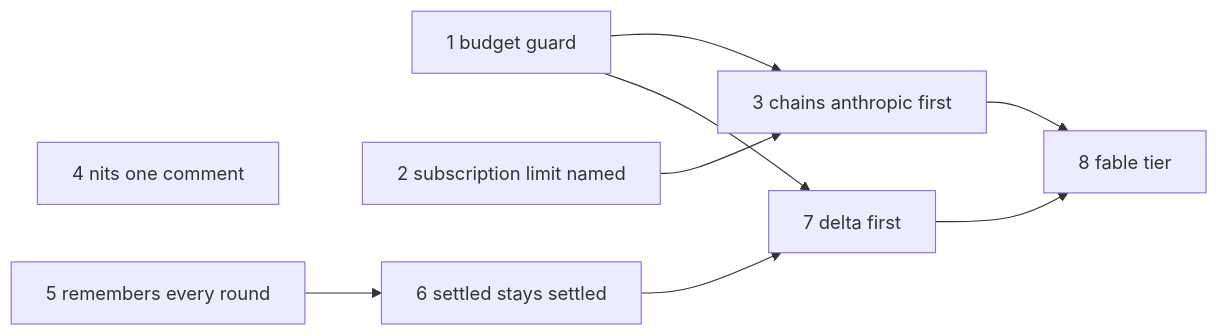
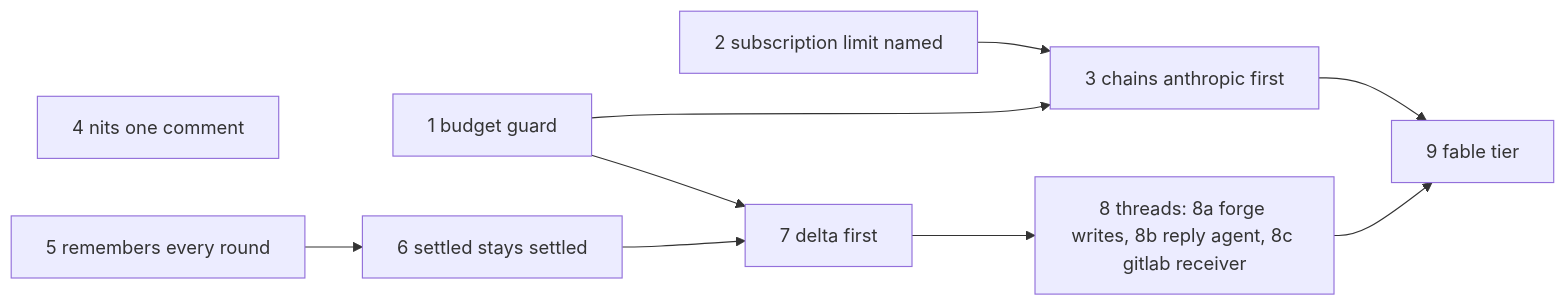
The diagram in docs/specs/2026-11-15_SP-REVIEW-CONVERGES_umbrella-a-review-converges-in-few-rounds-on-a-budget.md (repoachhq/repoach), drawn with Mermaid before and after one commit. The commit also changed other lines of this file, not shown here.

First line of the commit message:
docs(specs): order the threads composite as row 8 of the umbrella

````diff
--- a/docs/specs/2026-11-15_SP-REVIEW-CONVERGES_umbrella-a-review-converges-in-few-rounds-on-a-budget.md
+++ b/docs/specs/2026-11-15_SP-REVIEW-CONVERGES_umbrella-a-review-converges-in-few-rounds-on-a-budget.md
@@ -189,11 +199,12 @@
 ```mermaid
 flowchart LR
     A[1 budget guard] --> C[3 chains anthropic first]
     B[2 subscription limit named] --> C
     N[4 nits one comment]
     H[5 remembers every round] --> S[6 settled stays settled]
     S --> D[7 delta first]
     A --> D
-    C --> F[8 fable tier]
-    D --> F
+    D --> T[8 threads: 8a forge writes, 8b reply agent, 8c gitlab receiver]
+    C --> F[9 fable tier]
+    T --> F
 ```
````
